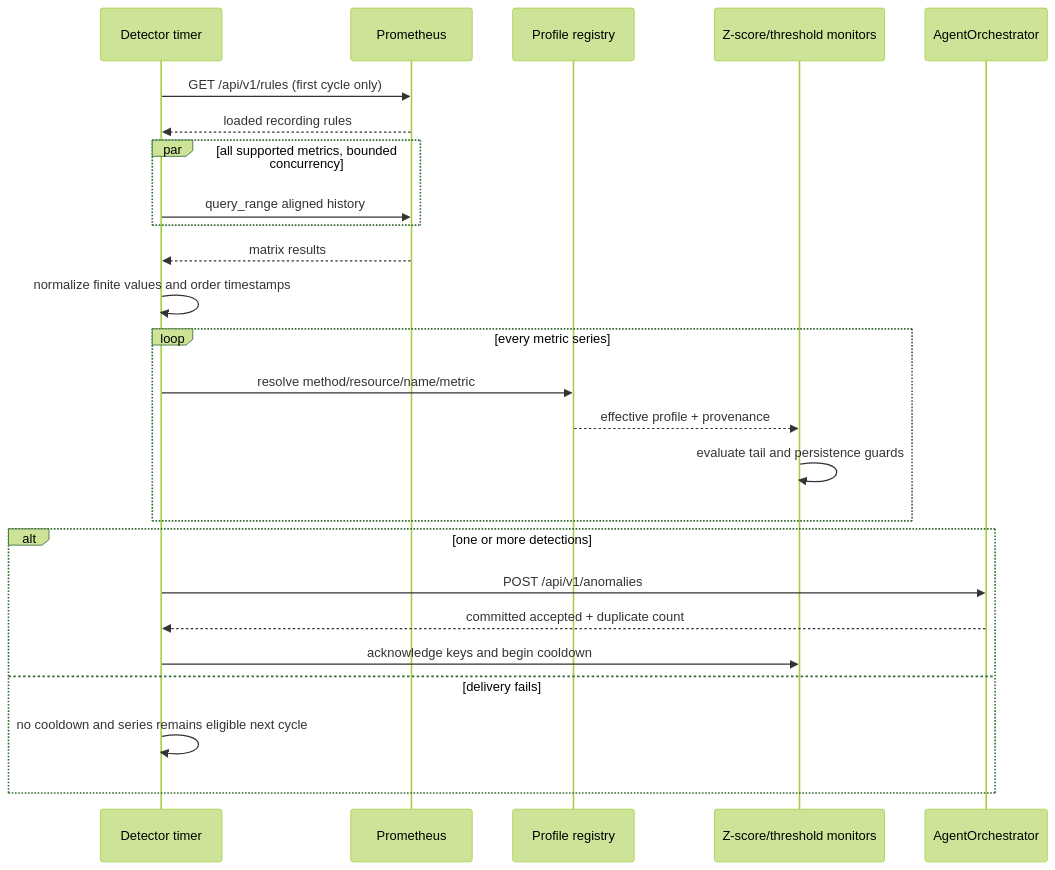
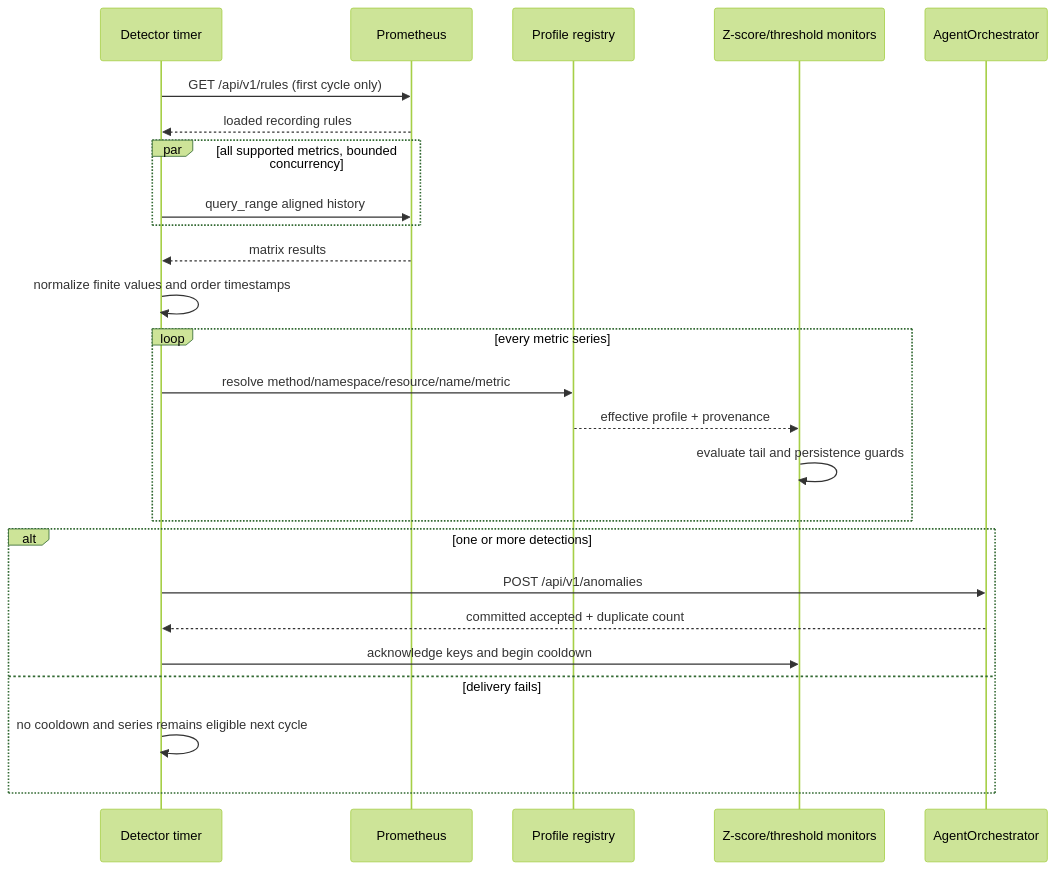
Before and after one commit to stanleyyoga123/IncidentBench: the diagram in Agents/AnomalyDetector/docs/architecture-and-flow.md, drawn with Mermaid (forest theme). The commit also changed other lines of this file and 27 other files, not shown here.

````diff
--- a/Agents/AnomalyDetector/docs/architecture-and-flow.md
+++ b/Agents/AnomalyDetector/docs/architecture-and-flow.md
@@ -27,28 +27,28 @@
 ```mermaid
 sequenceDiagram
   participant T as Detector timer
   participant P as Prometheus
   participant R as Profile registry
   participant Z as Z-score/threshold monitors
   participant O as AgentOrchestrator
 
   T->>P: GET /api/v1/rules (first cycle only)
   P-->>T: loaded recording rules
   par all supported metrics, bounded concurrency
     T->>P: query_range aligned history
   end
   P-->>T: matrix results
   T->>T: normalize finite values and order timestamps
   loop every metric series
-    T->>R: resolve method/resource/name/metric
+    T->>R: resolve method/namespace/resource/name/metric
     R-->>Z: effective profile + provenance
     Z->>Z: evaluate tail and persistence guards
   end
   alt one or more detections
     T->>O: POST /api/v1/anomalies
     O-->>T: committed accepted + duplicate count
     T->>Z: acknowledge keys and begin cooldown
   else delivery fails
     T->>T: no cooldown and series remains eligible next cycle
   end
 ```
````
